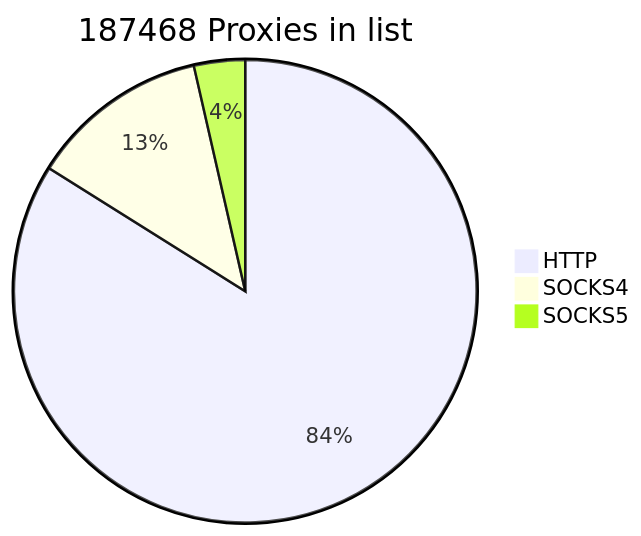
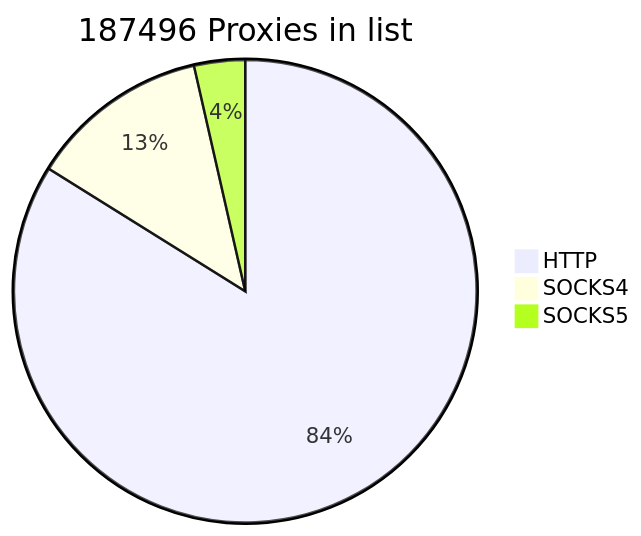
The first of 2 diagrams in README.md (cutipu/proxylist), drawn with Mermaid before and after one commit. The commit also changed other lines of this file, not shown here.

````diff
--- a/README.md
+++ b/README.md
@@ -2,7 +2,7 @@
 ```mermaid
-pie title 187468 Proxies in list
-    "HTTP" : 157310
-    "SOCKS4" : 23462
-    "SOCKS5" : 6696
+pie title 187496 Proxies in list
+    "HTTP" : 157264
+    "SOCKS4" : 23557
+    "SOCKS5" : 6675
             
 ```
````
